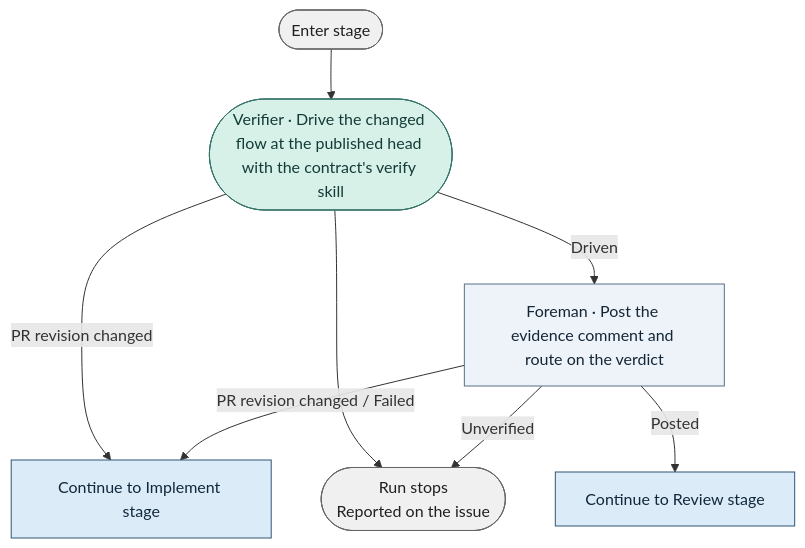
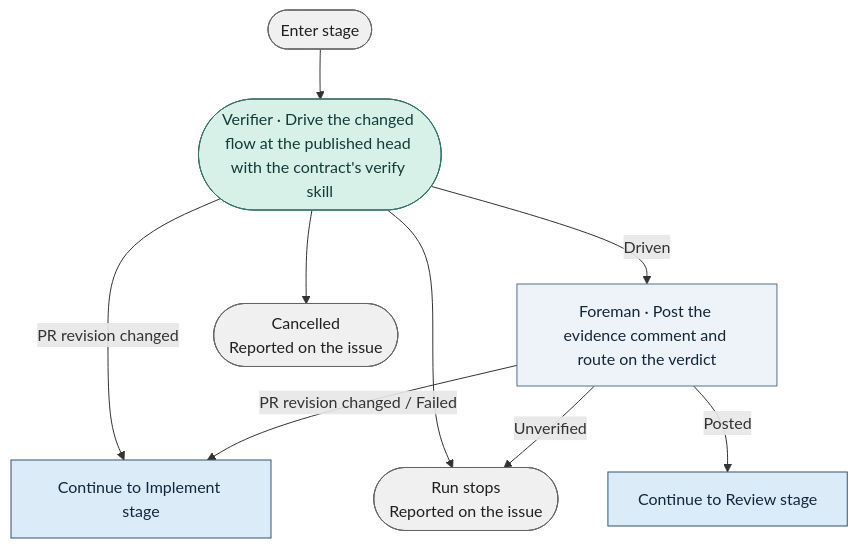
The diagram in docs/graph/blueprint/views/stages/verify.mmd (bookout-labs/tools), drawn with Mermaid before and after one commit. The commit also changed 34 other files, not shown here.

```diff
--- a/docs/graph/blueprint/views/stages/verify.mmd
+++ b/docs/graph/blueprint/views/stages/verify.mmd
@@ -1,19 +1,21 @@
 flowchart TD
     n0(["Enter stage"]):::terminal
     n1(["Verifier · Drive the changed flow at the published head with the contract's verify skill"]):::worker
     n2["Foreman · Post the evidence comment and route on the verdict"]:::step
     n3["Continue to Implement stage"]:::stage
-    n4(["Run stops<br/>Reported on the issue"]):::terminal
-    n5["Continue to Review stage"]:::stage
+    n4(["Cancelled<br/>Reported on the issue"]):::terminal
+    n5(["Run stops<br/>Reported on the issue"]):::terminal
+    n6["Continue to Review stage"]:::stage
     n0 --> n1
     n1 -->|"PR revision changed"| n3
     n1 --> n4
+    n1 --> n5
     n1 -->|"Driven"| n2
     n2 -->|"PR revision changed / Failed"| n3
-    n2 -->|"Unverified"| n4
-    n2 -->|"Posted"| n5
+    n2 -->|"Unverified"| n5
+    n2 -->|"Posted"| n6
     classDef stage fill:#dcebf8,stroke:#315675,color:#10283b
     classDef step fill:#edf3f8,stroke:#597187,color:#132638
     classDef worker fill:#d7f0e8,stroke:#357369,color:#133c36
     classDef gate fill:#fff0c9,stroke:#89641f,color:#3f2b0b
     classDef terminal fill:#f0f0f0,stroke:#666666,color:#202020
```
